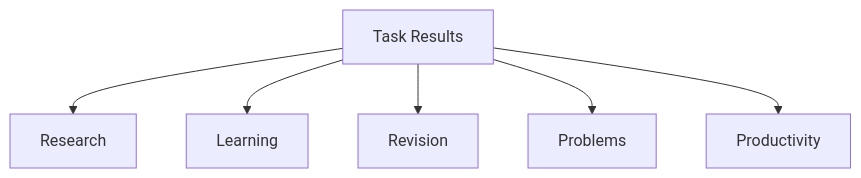
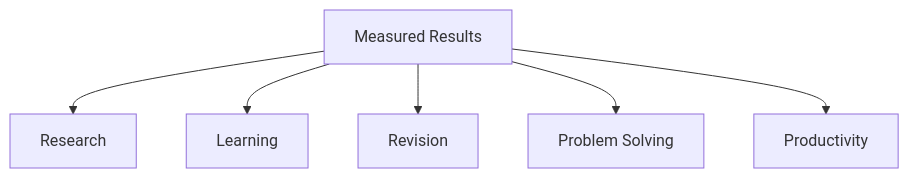
Diagram 18 of 23 in README.md (mahik2007/hackathon), drawn with Mermaid before and after one commit. The commit also changed other lines of this file, not shown here.

````diff
--- a/README.md
+++ b/README.md
@@ -291,9 +348,9 @@
 ```mermaid
 flowchart TB
-    D[Task Results]
+    D[Measured Results]
     D --> R[Research]
     D --> L[Learning]
     D --> V[Revision]
-    D --> P[Problems]
+    D --> P[Problem Solving]
     D --> W[Productivity]
 ```
````
